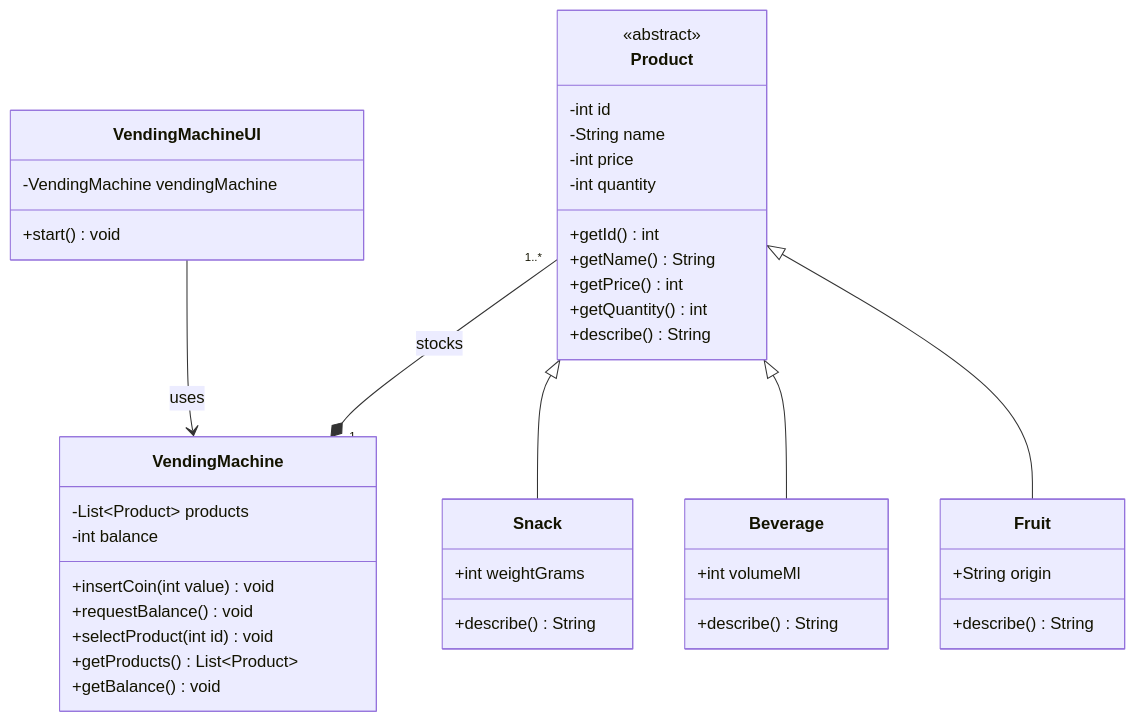
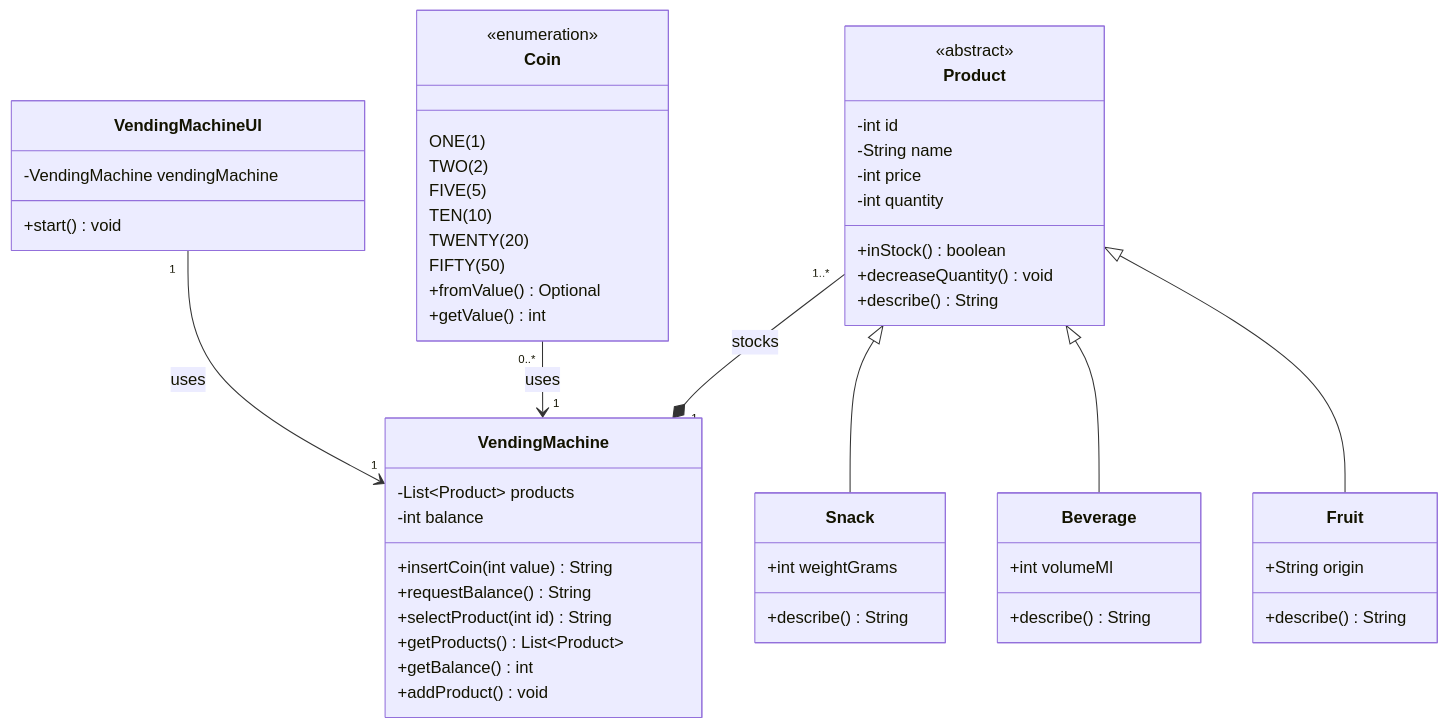
Before and after one commit to LiquidLemonLOL/OOPWSVendingMachine: the diagram in src/main/java/se/lexicon/classDiagram.md, drawn with Mermaid. The commit also changed 5 other files, not shown here.

Commit message:
Further encapsulation + updated class diagram

````diff
--- a/src/main/java/se/lexicon/classDiagram.md
+++ b/src/main/java/se/lexicon/classDiagram.md
@@ -4,48 +4,59 @@
 ```mermaid
 classDiagram
     Direction RL
-    VendingMachineUI --> VendingMachine : uses
+    VendingMachineUI "1" --> "1" VendingMachine : uses
     Product "1..*" --* "1" VendingMachine : stocks
     Product <|-- Snack
     Product <|-- Beverage
     Product <|-- Fruit
+    Coin "0..*" --> "1" VendingMachine : uses
     class Product {
         <<abstract>>
         -int id
         -String name
         -int price
         -int quantity
-        +getId() int
-        +getName() String
-        +getPrice() int
-        +getQuantity() int
+        +inStock() boolean
+        +decreaseQuantity() void
         +describe() String
     }
     class Beverage {
         +int volumeMl
         +describe() String
     }
     class Fruit {
         +String origin
         +describe() String
     }
     class Snack {
         +int weightGrams
         +describe() String
     }
     class VendingMachine {
         -List~Product~ products
         -int balance
-        +insertCoin(int value) void
-        +requestBalance() void
-        +selectProduct(int id) void
+        +insertCoin(int value) String
+        +requestBalance() String
+        +selectProduct(int id) String
         +getProducts() List~Product~
-        +getBalance() void
+        +getBalance() int
+        +addProduct() void
     }
     class VendingMachineUI {
         -VendingMachine vendingMachine
         +start() void
     }
+    class Coin {
+        <<enumeration>>
+        ONE(1)
+        TWO(2)
+        FIVE(5)
+        TEN(10)
+        TWENTY(20)
+        FIFTY(50)
+        +fromValue() Optional<Coin>
+        +getValue() int
+    }
 
 
 ```
````
